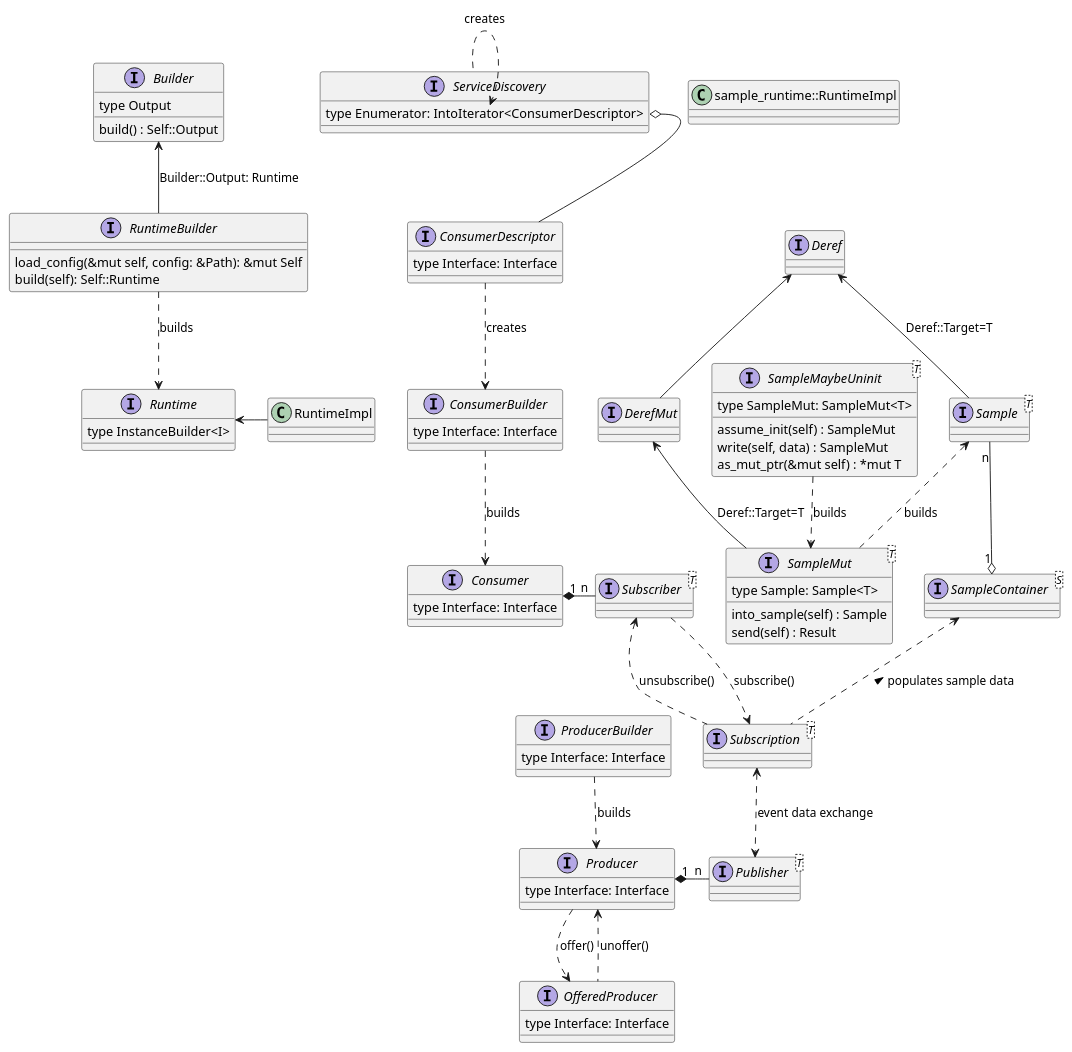
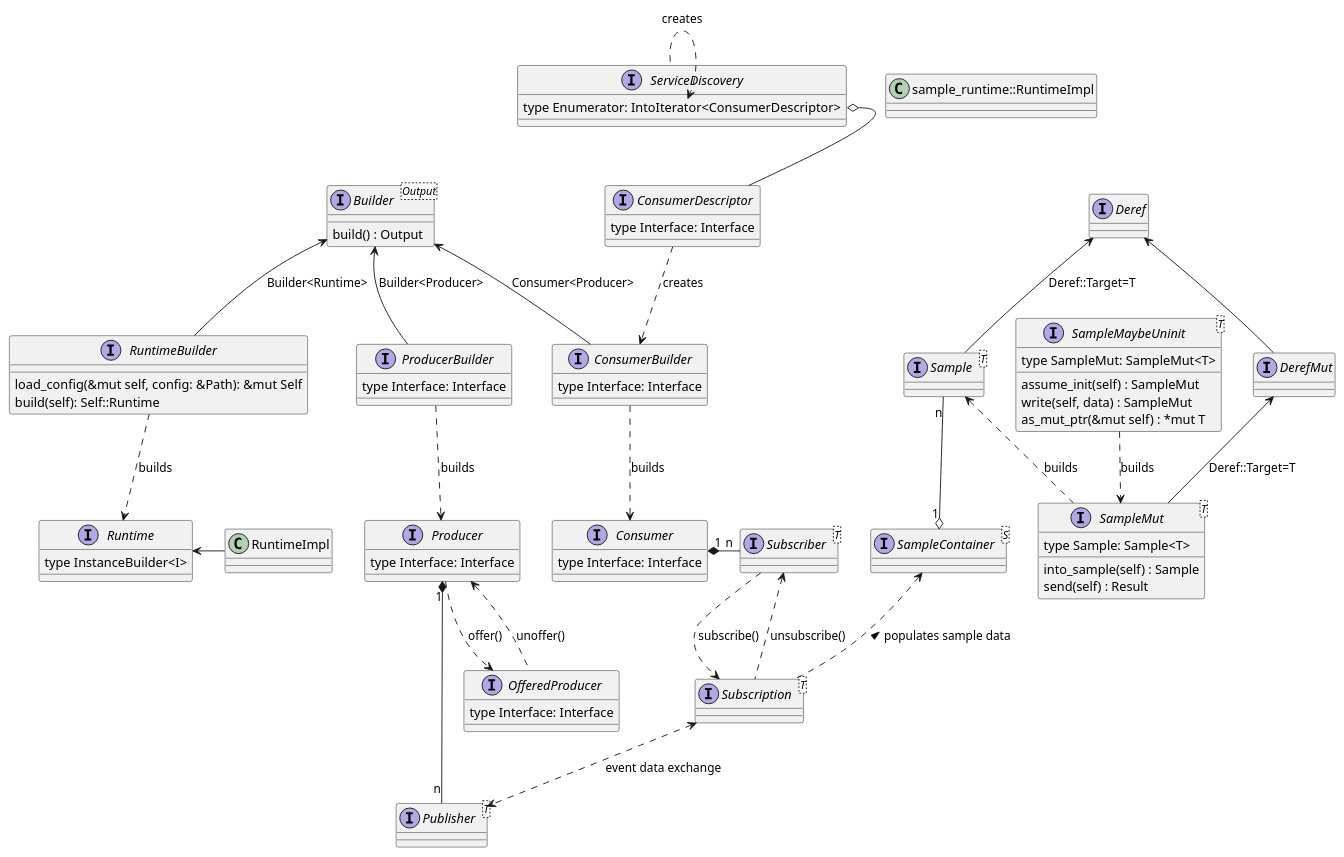
The diagram in com-api/docs/static.puml (eclipse-score/inc_mw_com), drawn with PlantUML before and after one commit. The commit also changed 1 other file, not shown here.

Commit message:
Update UML diagrams

```diff
--- a/com-api/docs/static.puml
+++ b/com-api/docs/static.puml
@@ -1,111 +1,112 @@
 @startuml
 
 ' Copyright (c) 2025 Contributors to the Eclipse Foundation
 '
 ' See the NOTICE file(s) distributed with this work for additional
 ' information regarding copyright ownership.
 '
 ' This program and the accompanying materials are made available under the
 ' terms of the Apache License Version 2.0 which is available at
 ' <https://www.apache.org/licenses/LICENSE-2.0>
 '
 ' SPDX-License-Identifier: Apache-2.0
 
-interface Builder {
-    type Output
-    build() : Self::Output
+interface Builder<Output> {
+    build() : Output
 }
 
 ' Also called "Node"
 interface Runtime {
     type InstanceBuilder<I>
 }
 
 Interface RuntimeBuilder {
     load_config(&mut self, config: &Path): &mut Self
     build(self): Self::Runtime
 }
 
-Builder <-- RuntimeBuilder : Builder::Output: Runtime
+Builder <-- RuntimeBuilder : Builder<Runtime>
 RuntimeBuilder ..> Runtime : builds
 
 interface Deref
 interface DerefMut
 Deref <-- DerefMut
 
 interface Sample<T>
 Deref <-- Sample : Deref::Target=T
 
 interface SampleMut<T> {
     type Sample: Sample<T>
     into_sample(self) : Sample
     send(self) : Result
 }
 DerefMut <-- SampleMut : Deref::Target=T
 
 interface SampleMaybeUninit<T> {
     type SampleMut: SampleMut<T>
     assume_init(self) : SampleMut
     write(self, data) : SampleMut
     as_mut_ptr(&mut self) : *mut T
 }
 
 SampleMaybeUninit ..> SampleMut : builds
 Sample <.. SampleMut : builds
 
 class sample_runtime::RuntimeImpl
 
 Runtime <- RuntimeImpl
 
 interface ProducerBuilder {
   type Interface: Interface
 }
 interface Producer {
   type Interface: Interface
 }
 interface OfferedProducer {
   type Interface: Interface
 }
 
+Builder <-- ProducerBuilder : Builder<Producer>
 ProducerBuilder ..> Producer : builds
 Producer ..> OfferedProducer : offer()
 Producer <.. OfferedProducer : unoffer()
 
 interface ServiceDiscovery {
   type Enumerator: IntoIterator<ConsumerDescriptor>
 }
 
 interface ConsumerDescriptor {
   type Interface: Interface
 }
 interface ConsumerBuilder {
   type Interface: Interface
 }
 interface Consumer {
   type Interface: Interface
 }
 
+Builder <-- ConsumerBuilder : Consumer<Producer>
 ServiceDiscovery ..> ServiceDiscovery::Enumerator : creates
 ServiceDiscovery::Enumerator o-- ConsumerDescriptor
 ConsumerDescriptor ..> ConsumerBuilder : creates
 ConsumerBuilder ..> Consumer : builds
 
 interface Subscriber<T>
 interface Subscription<T>
 interface SampleContainer<S>
 
 Sample "n" --o "1" SampleContainer
 
 Subscriber ..> Subscription : subscribe()
 Subscriber <.. Subscription : unsubscribe()
 
 SampleContainer <.. Subscription : populates sample data <
 
 Consumer "1" *- "n" Subscriber
 
 interface Publisher<T>
 
 Producer "1" *- "n" Publisher
 Subscription <..> Publisher : event data exchange
 
 @enduml
```
